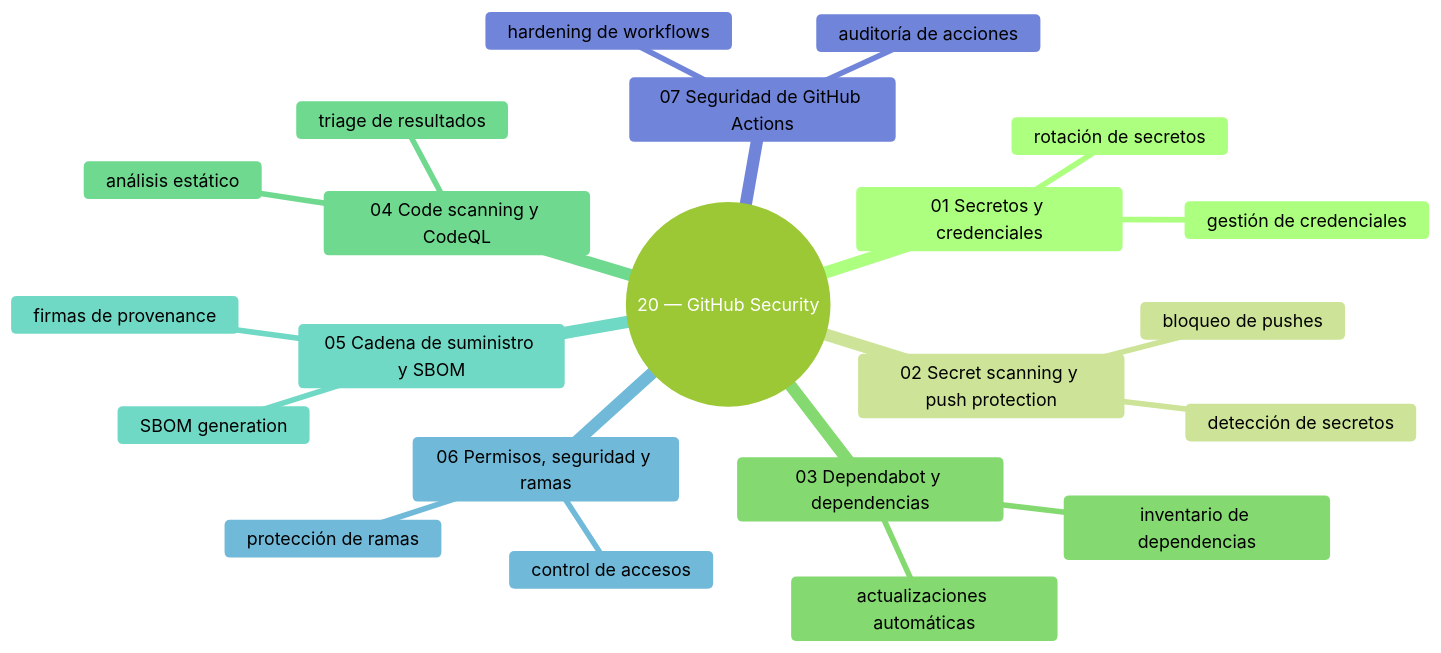
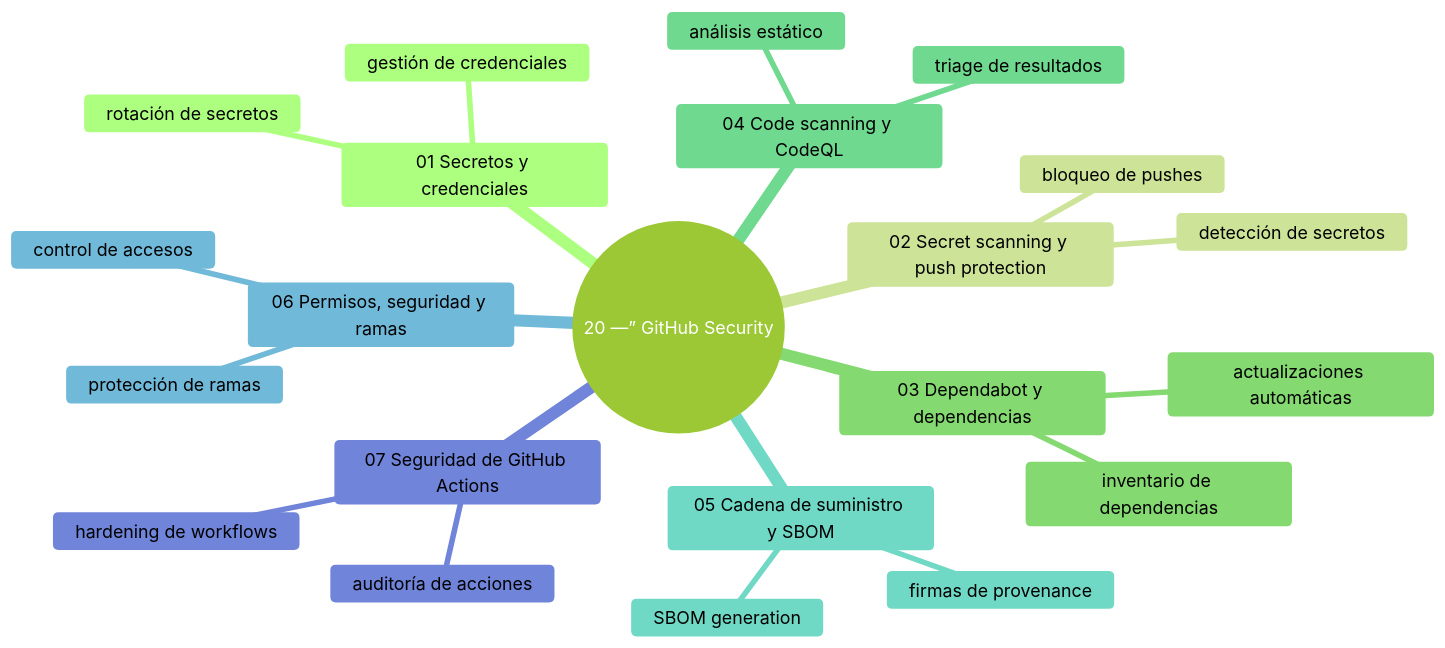
The first of 2 diagrams in 20-github-security/README.md (jorgesislema/github-paso-a-paso), drawn with Mermaid (forest theme) before and after one commit. The commit also changed other lines of this file, not shown here.

````diff
--- a/20-github-security/README.md
+++ b/20-github-security/README.md
@@ -9,25 +9,25 @@
 ```mermaid
 mindmap
-  root((20 — GitHub Security))
+  root((20 —” GitHub Security))
     01 Secretos y credenciales
       gestión de credenciales
       rotación de secretos
     02 Secret scanning y push protection
       detección de secretos
       bloqueo de pushes
     03 Dependabot y dependencias
       inventario de dependencias
       actualizaciones automáticas
     04 Code scanning y CodeQL
       análisis estático
       triage de resultados
     05 Cadena de suministro y SBOM
       SBOM generation
       firmas de provenance
     06 Permisos, seguridad y ramas
       control de accesos
       protección de ramas
     07 Seguridad de GitHub Actions
       hardening de workflows
       auditoría de acciones
 ```
````
